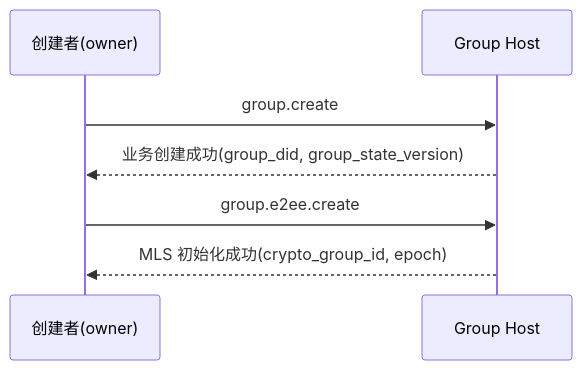
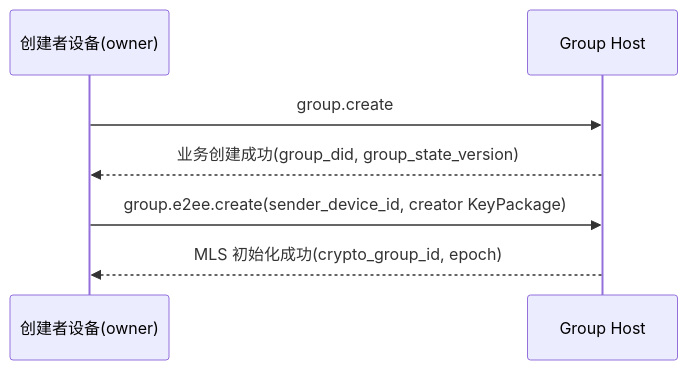
The fourth of 9 diagrams in chinese/message/vnext/06-群组端到端加密.md (NeatNerdPrime/AgentNetworkProtocol), drawn with Mermaid before and after one commit. The commit also changed other lines of this file and 31 other files, not shown here.

````diff
--- a/chinese/message/vnext/06-群组端到端加密.md
+++ b/chinese/message/vnext/06-群组端到端加密.md
@@ -1508,10 +1597,10 @@
 ```mermaid
 sequenceDiagram
-    participant C as 创建者(owner)
+    participant C as 创建者设备(owner)
     participant H as Group Host
 
     C->>H: group.create
     H-->>C: 业务创建成功(group_did, group_state_version)
-    C->>H: group.e2ee.create
+    C->>H: group.e2ee.create(sender_device_id, creator KeyPackage)
     H-->>C: MLS 初始化成功(crypto_group_id, epoch)
 ```
````
